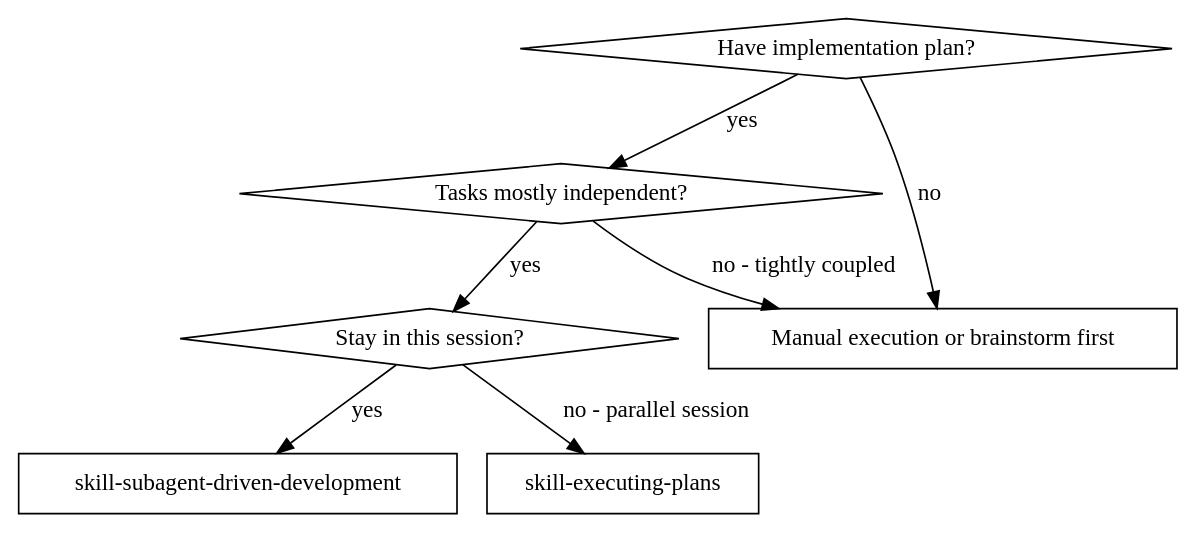
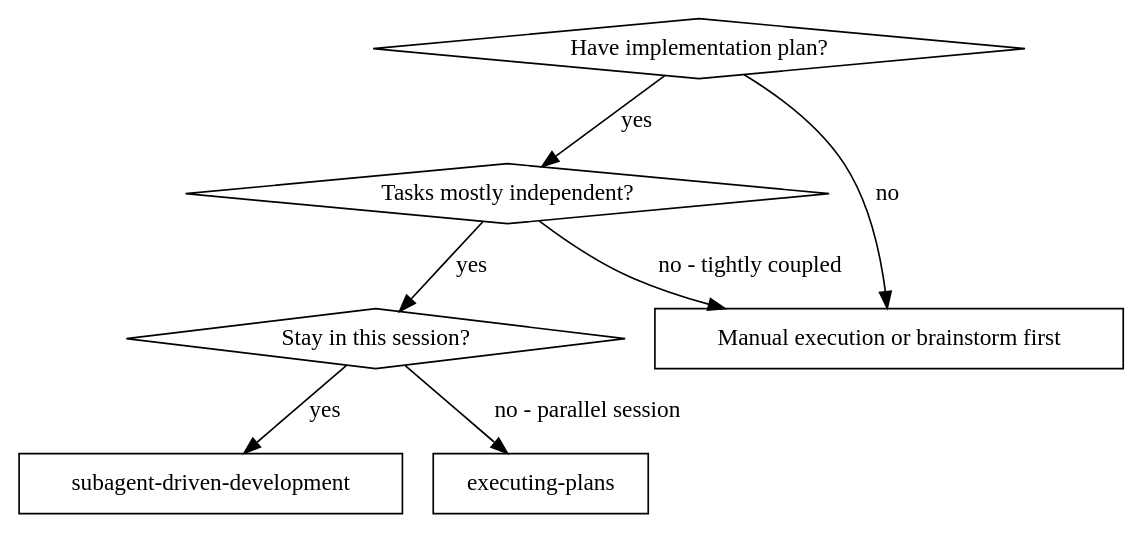
Before and after one commit to longdang193/project-OS-starter: the first of 2 diagrams in .agents/skills/skill-subagent-driven-development/SKILL.md, drawn with Graphviz. The commit also changed other lines of this file and 210 other files, not shown here.

````diff
--- a/.agents/skills/skill-subagent-driven-development/SKILL.md
+++ b/.agents/skills/skill-subagent-driven-development/SKILL.md
@@ -28,17 +32,17 @@
 ```dot
 digraph when_to_use {
     "Have implementation plan?" [shape=diamond];
     "Tasks mostly independent?" [shape=diamond];
     "Stay in this session?" [shape=diamond];
-    "skill-subagent-driven-development" [shape=box];
-    "skill-executing-plans" [shape=box];
+    "subagent-driven-development" [shape=box];
+    "executing-plans" [shape=box];
     "Manual execution or brainstorm first" [shape=box];
 
     "Have implementation plan?" -> "Tasks mostly independent?" [label="yes"];
     "Have implementation plan?" -> "Manual execution or brainstorm first" [label="no"];
     "Tasks mostly independent?" -> "Stay in this session?" [label="yes"];
     "Tasks mostly independent?" -> "Manual execution or brainstorm first" [label="no - tightly coupled"];
-    "Stay in this session?" -> "skill-subagent-driven-development" [label="yes"];
-    "Stay in this session?" -> "skill-executing-plans" [label="no - parallel session"];
+    "Stay in this session?" -> "subagent-driven-development" [label="yes"];
+    "Stay in this session?" -> "executing-plans" [label="no - parallel session"];
 }
 ```
````
